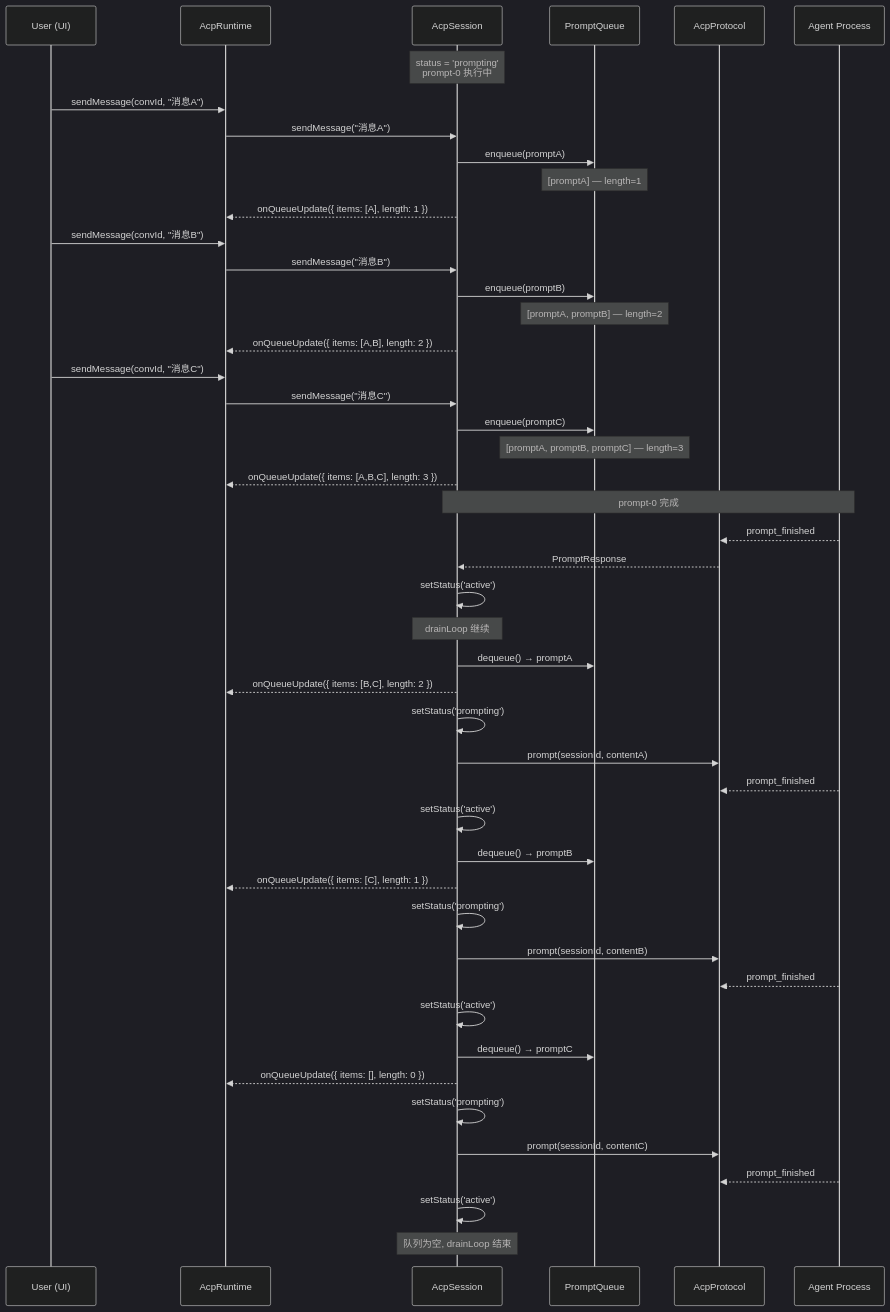
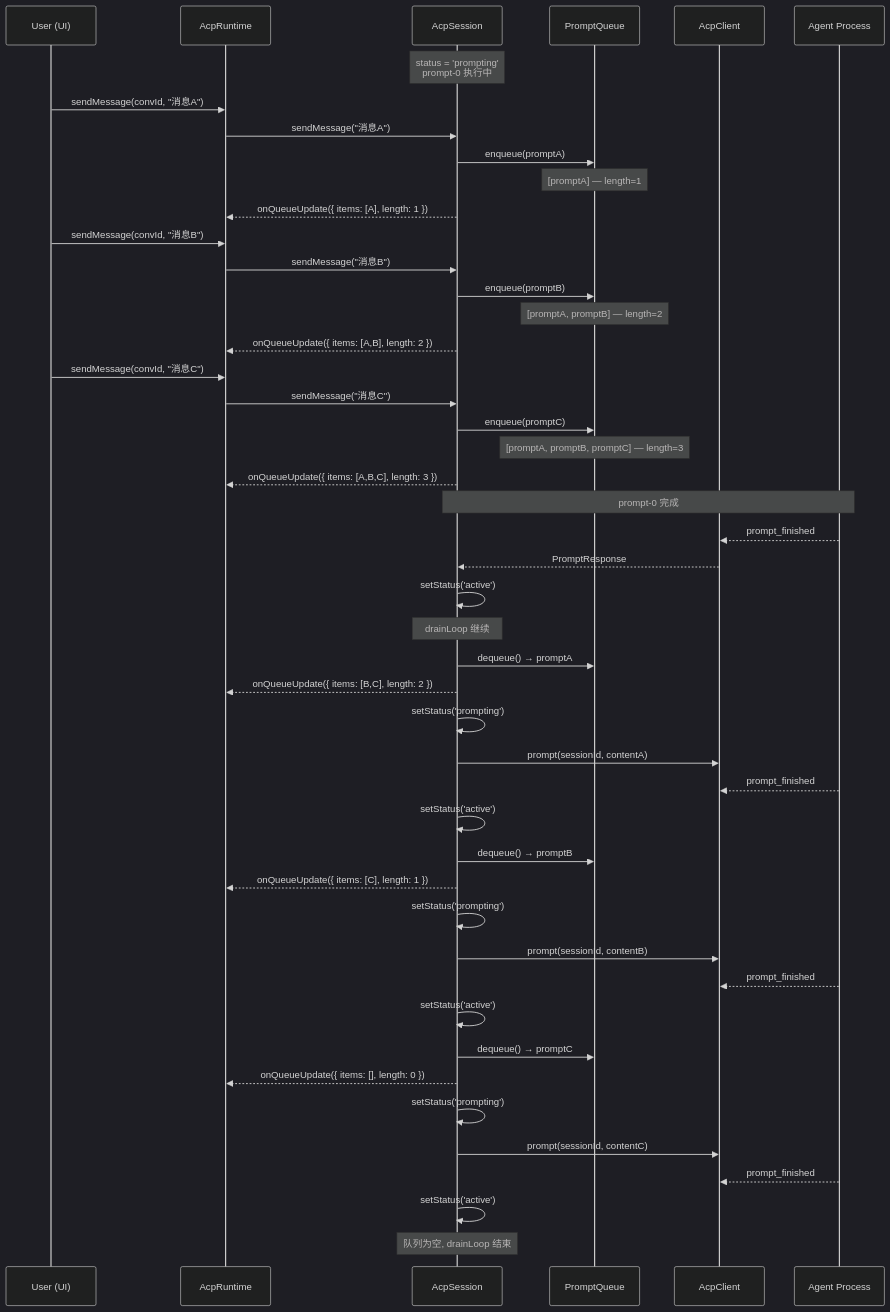
The second of 12 diagrams in docs/feature/acp-rewrite/06-scenario-walkthrough.md (iOfficeAI/AionUi), drawn with Mermaid (dark theme) before and after one commit. The commit also changed other lines of this file and 22 other files, not shown here.

First line of the commit message:
refactor(acp): replace Connector+Protocol with AcpClient single-owner pattern

````diff
--- a/docs/feature/acp-rewrite/06-scenario-walkthrough.md
+++ b/docs/feature/acp-rewrite/06-scenario-walkthrough.md
@@ -222,60 +216,60 @@
 ```mermaid
 sequenceDiagram
     participant UI as User (UI)
     participant RT as AcpRuntime
     participant S as AcpSession
     participant PQ as PromptQueue
-    participant P as AcpProtocol
+    participant CL as AcpClient
     participant A as Agent Process
 
     Note over S: status = 'prompting'<br/>prompt-0 执行中
 
     UI->>RT: sendMessage(convId, "消息A")
     RT->>S: sendMessage("消息A")
     S->>PQ: enqueue(promptA)
     Note over PQ: [promptA] — length=1
     S-->>RT: onQueueUpdate({ items: [A], length: 1 })
 
     UI->>RT: sendMessage(convId, "消息B")
     RT->>S: sendMessage("消息B")
     S->>PQ: enqueue(promptB)
     Note over PQ: [promptA, promptB] — length=2
     S-->>RT: onQueueUpdate({ items: [A,B], length: 2 })
 
     UI->>RT: sendMessage(convId, "消息C")
     RT->>S: sendMessage("消息C")
     S->>PQ: enqueue(promptC)
     Note over PQ: [promptA, promptB, promptC] — length=3
     S-->>RT: onQueueUpdate({ items: [A,B,C], length: 3 })
 
     Note over S,A: prompt-0 完成
 
-    A-->>P: prompt_finished
-    P-->>S: PromptResponse
+    A-->>CL: prompt_finished
+    CL-->>S: PromptResponse
     S->>S: setStatus('active')
 
     Note over S: drainLoop 继续
 
     S->>PQ: dequeue() → promptA
     S-->>RT: onQueueUpdate({ items: [B,C], length: 2 })
     S->>S: setStatus('prompting')
-    S->>P: prompt(sessionId, contentA)
-    A-->>P: prompt_finished
+    S->>CL: prompt(sessionId, contentA)
+    A-->>CL: prompt_finished
     S->>S: setStatus('active')
 
     S->>PQ: dequeue() → promptB
     S-->>RT: onQueueUpdate({ items: [C], length: 1 })
     S->>S: setStatus('prompting')
-    S->>P: prompt(sessionId, contentB)
-    A-->>P: prompt_finished
+    S->>CL: prompt(sessionId, contentB)
+    A-->>CL: prompt_finished
     S->>S: setStatus('active')
 
     S->>PQ: dequeue() → promptC
     S-->>RT: onQueueUpdate({ items: [], length: 0 })
     S->>S: setStatus('prompting')
-    S->>P: prompt(sessionId, contentC)
-    A-->>P: prompt_finished
+    S->>CL: prompt(sessionId, contentC)
+    A-->>CL: prompt_finished
     S->>S: setStatus('active')
 
     Note over S: 队列为空, drainLoop 结束
 ```
````
